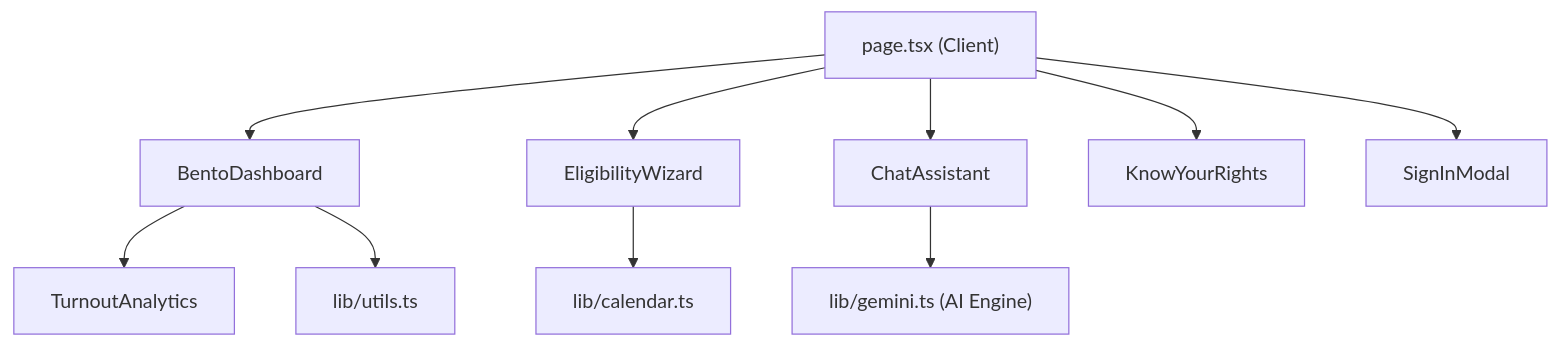
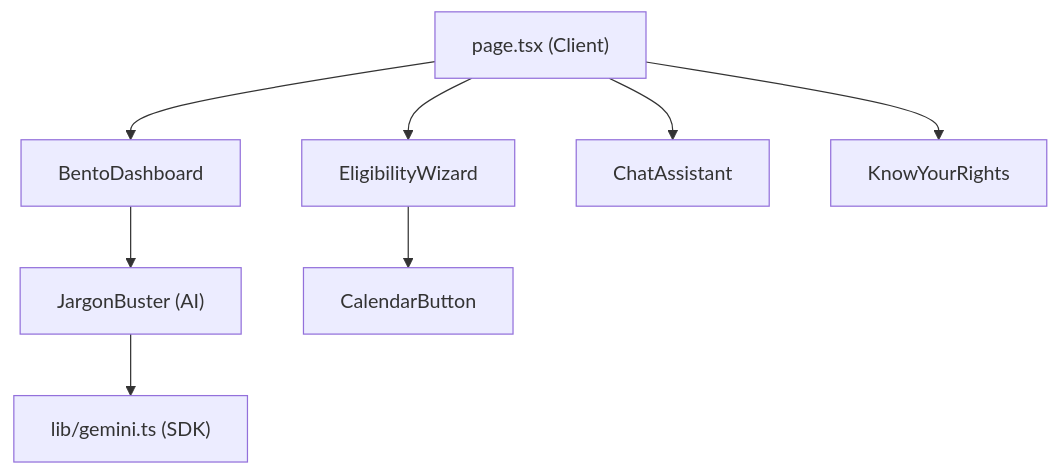
One commit to namithab21/election-guide changed the diagram in README.md. Above: the diagram before and after it, drawn with Mermaid. The commit also changed other lines of this file and 15 other files, not shown here.

````diff
--- a/README.md
+++ b/README.md
@@ -10,12 +21,10 @@
 ```mermaid
 graph TD
     A["page.tsx (Client)"] --> B["BentoDashboard"]
     A --> C["EligibilityWizard"]
     A --> D["ChatAssistant"]
     A --> E["KnowYourRights"]
-    A --> F["SignInModal"]
-    B --> G["TurnoutAnalytics"]
-    D --> H["lib/gemini.ts (AI Engine)"]
-    C --> I["lib/calendar.ts"]
-    B --> J["lib/utils.ts"]
+    B --> K["JargonBuster (AI)"]
+    K --> H["lib/gemini.ts (SDK)"]
+    C --> L["CalendarButton"]
 ```
````
